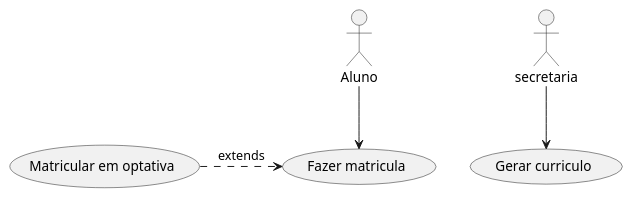
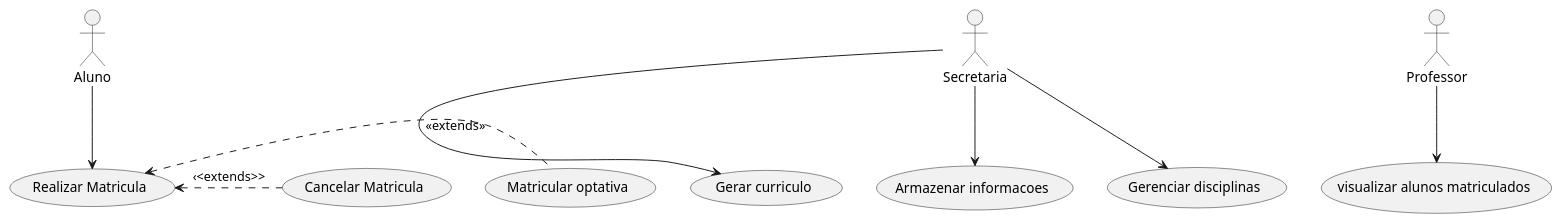
Before and after one commit to pedrofr1313/Laboratorio-Projeto-de-Software: the diagram in project/code/CasoDeUso.puml, drawn with PlantUML.

```diff
--- a/project/code/CasoDeUso.puml
+++ b/project/code/CasoDeUso.puml
@@ -1,9 +1,12 @@
 @startuml
-:secretaria:--> (Use)
-"Gerar curriculo" as (Use)
-"Aluno" as User
-"Fazer matricula" as (c1)
-"Matricular em optativa" as (c2)
-User --> c1
-(c2) .> (c1) :extends
+"Secretaria" as S
+"Aluno" as A
+"Professor" as P
+S --> (Gerar curriculo)
+S --> (Armazenar informacoes)
+S --> (Gerenciar disciplinas)
+A --> (Realizar Matricula)
+(Realizar Matricula)<. (Matricular optativa) : <<extends>>
+(Realizar Matricula)<. (Cancelar Matricula): ‹<extends>>
+P -->(visualizar alunos matriculados)
 @enduml
```
